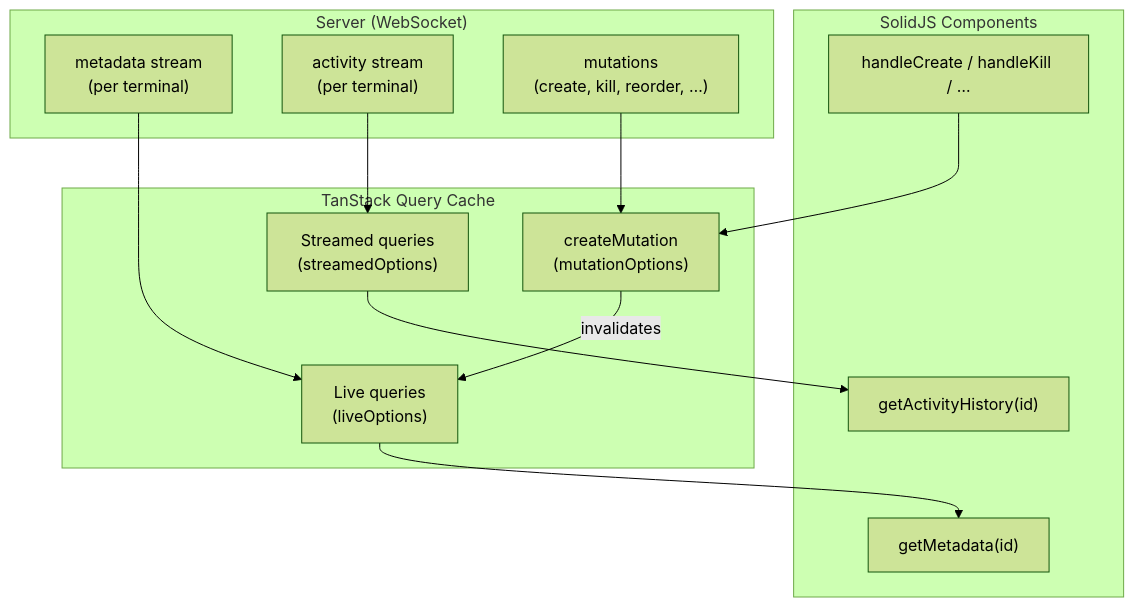
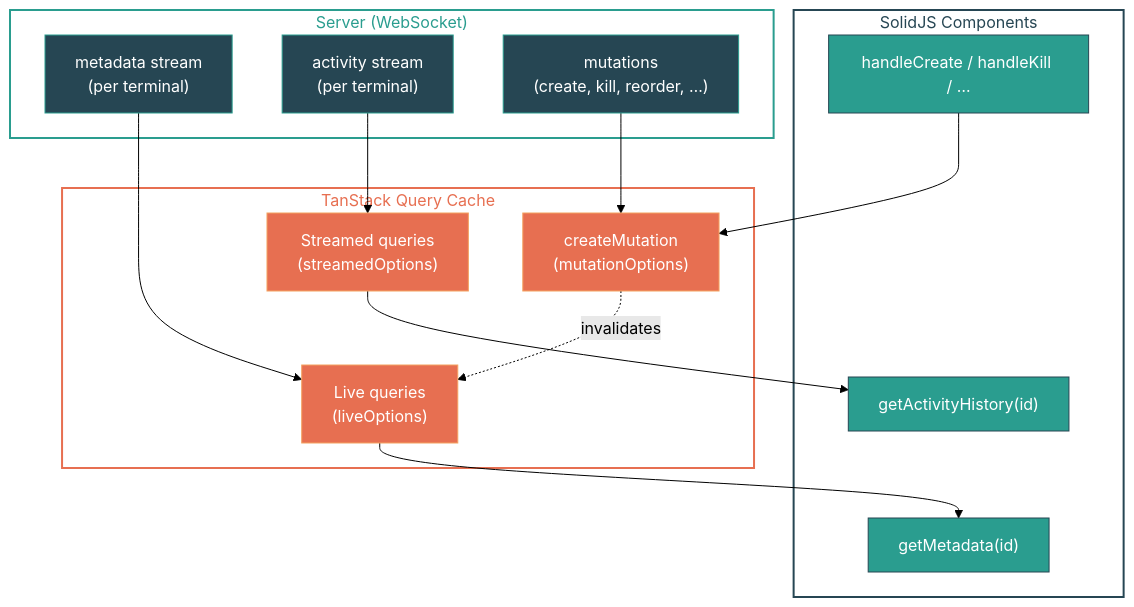
The second of 2 diagrams in README.md (juspay/kolu), drawn with Mermaid (forest theme) before and after one commit. The commit also changed other lines of this file, not shown here.

Commit message:
docs: style Mermaid diagrams with color-coded nodes and subgraph borders

````diff
--- a/README.md
+++ b/README.md
@@ -122,28 +126,36 @@
 ```mermaid
 flowchart TB
   subgraph Server["Server (WebSocket)"]
-    Meta["metadata stream\n(per terminal)"]
-    Activity["activity stream\n(per terminal)"]
-    Mutations["mutations\n(create, kill, reorder, …)"]
+    Meta["metadata stream\n(per terminal)"]:::server
+    Activity["activity stream\n(per terminal)"]:::server
+    Mutations["mutations\n(create, kill, reorder, …)"]:::server
   end
 
   subgraph TanStack["TanStack Query Cache"]
-    Live["Live queries\n(liveOptions)"]
-    Streamed["Streamed queries\n(streamedOptions)"]
-    Mut["createMutation\n(mutationOptions)"]
+    Live["Live queries\n(liveOptions)"]:::cache
+    Streamed["Streamed queries\n(streamedOptions)"]:::cache
+    Mut["createMutation\n(mutationOptions)"]:::cache
   end
 
   subgraph Components["SolidJS Components"]
-    GMeta["getMetadata(id)"]
-    GActivity["getActivityHistory(id)"]
-    CRUD["handleCreate / handleKill / …"]
+    GMeta["getMetadata(id)"]:::component
+    GActivity["getActivityHistory(id)"]:::component
+    CRUD["handleCreate / handleKill / …"]:::component
   end
 
   Meta --> Live
   Activity --> Streamed
   Mutations --> Mut
   Live --> GMeta
   Streamed --> GActivity
-  Mut -->|invalidates| Live
+  Mut -.->|invalidates| Live
   CRUD --> Mut
+
+  classDef server fill:#264653,stroke:#2a9d8f,color:#fff
+  classDef cache fill:#e76f51,stroke:#f4a261,color:#fff
+  classDef component fill:#2a9d8f,stroke:#264653,color:#fff
+
+  style Server fill:none,stroke:#2a9d8f,stroke-width:2px,color:#2a9d8f
+  style TanStack fill:none,stroke:#e76f51,stroke-width:2px,color:#e76f51
+  style Components fill:none,stroke:#264653,stroke-width:2px,color:#264653
 ```
````
